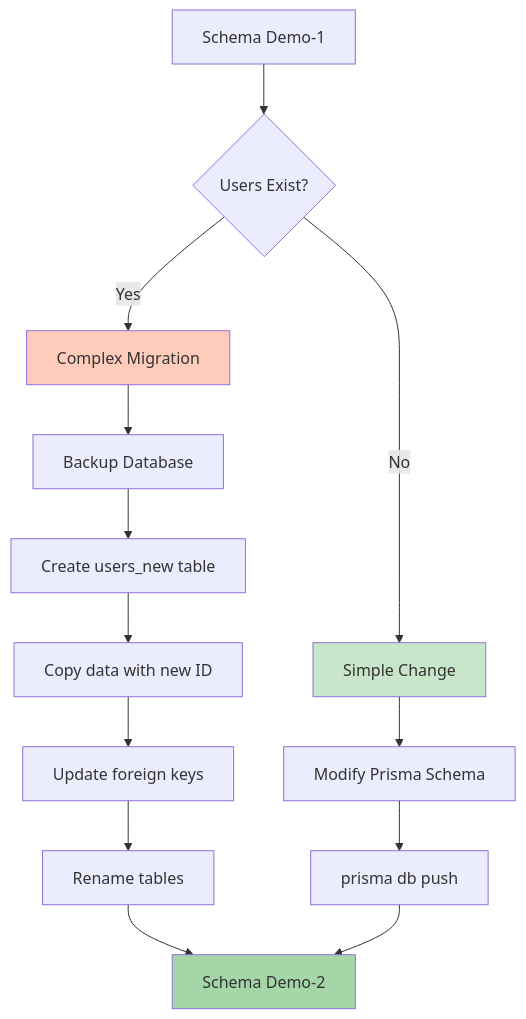
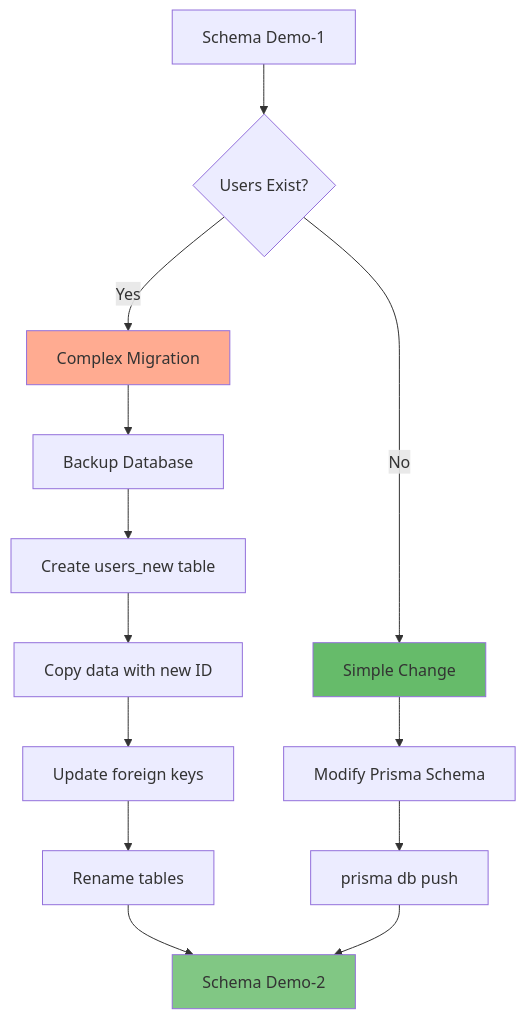
Before and after one commit to inskillflow/auths-1-NEXTJS-introduction: diagram 32 of 39 in 02-DIAGRAMMES_ARCHITECTURES.md, drawn with Mermaid. The commit also changed other lines of this file, not shown here.

````diff
--- a/02-DIAGRAMMES_ARCHITECTURES.md
+++ b/02-DIAGRAMMES_ARCHITECTURES.md
@@ -1033,22 +1033,22 @@
 ```mermaid
 graph TB
     START[Schema Demo-1] --> CHECK{Users Exist?}
     
     CHECK -->|Yes| COMPLEX[Complex Migration]
     CHECK -->|No| SIMPLE[Simple Change]
     
     COMPLEX --> BACKUP[Backup Database]
     BACKUP --> CREATE_NEW[Create users_new table]
     CREATE_NEW --> COPY[Copy data with new ID]
     COPY --> UPDATE_FK[Update foreign keys]
     UPDATE_FK --> RENAME[Rename tables]
     RENAME --> END[Schema Demo-2]
     
     SIMPLE --> MODIFY[Modify Prisma Schema]
     MODIFY --> PUSH[prisma db push]
     PUSH --> END
     
-    style COMPLEX fill:#ffccbc
-    style SIMPLE fill:#c8e6c9
-    style END fill:#a5d6a7
+    style COMPLEX fill:#ffab91
+    style SIMPLE fill:#66bb6a
+    style END fill:#81c784
 ```
````
